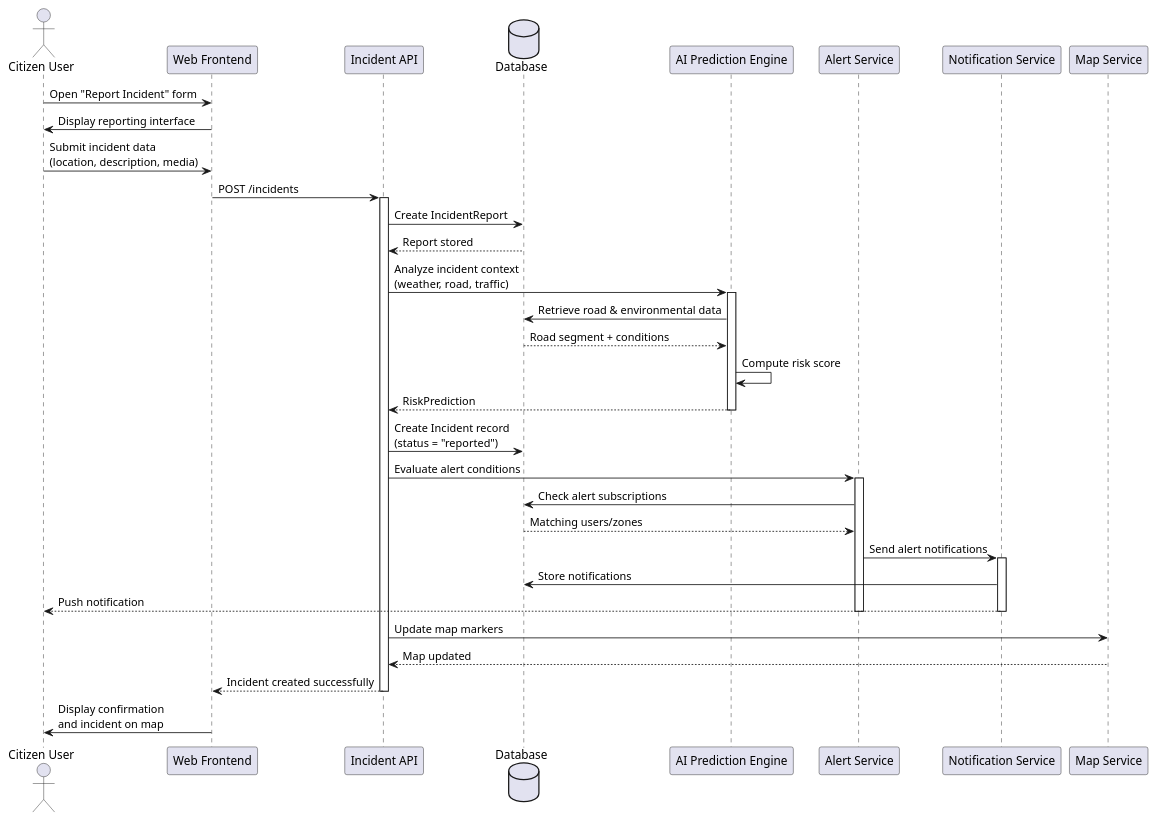
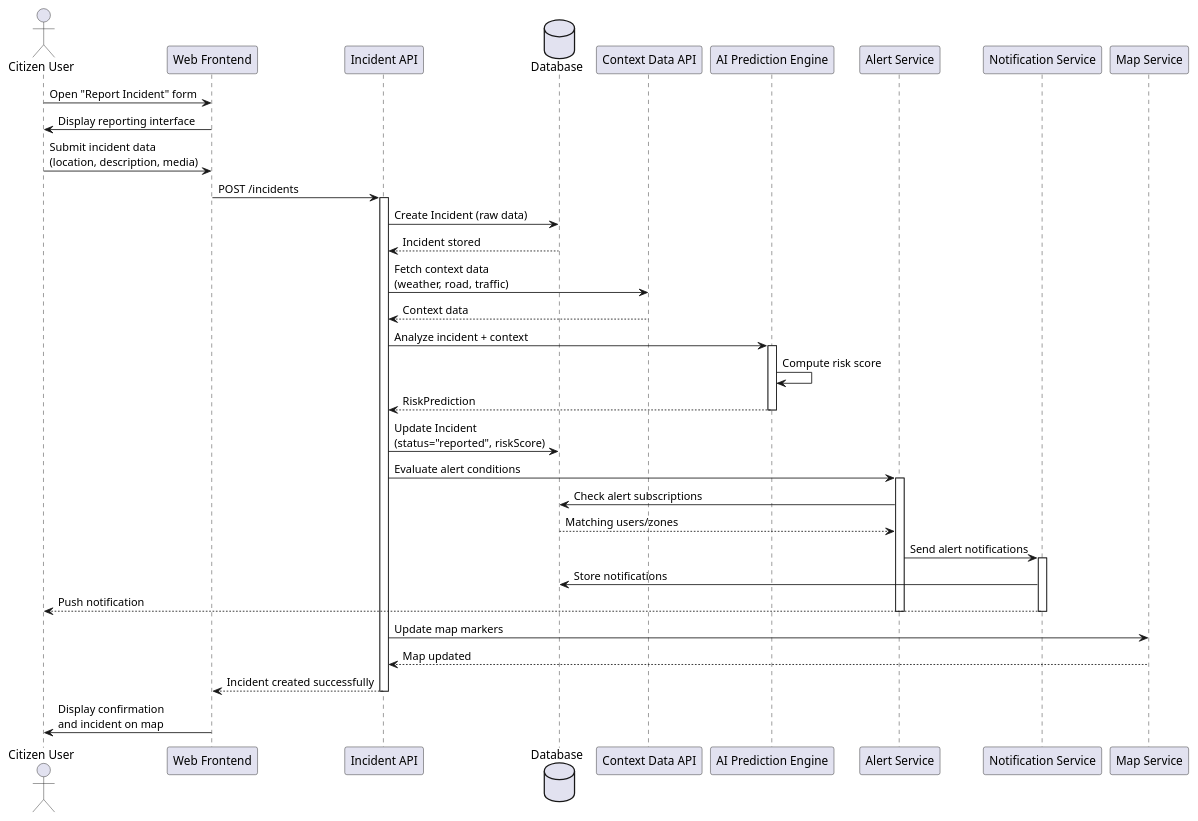
One commit to mi2odev/siara changed the diagram in diagrams/Sequence.puml. Above: the diagram before and after it, drawn with PlantUML. The commit also changed 12 other files, not shown here.

```diff
--- a/diagrams/Sequence.puml
+++ b/diagrams/Sequence.puml
@@ -1,61 +1,60 @@
 @startuml
+
 actor "Citizen User" as User
-
 participant "Web Frontend" as Frontend
 participant "Incident API" as Backend
 database "Database" as DB
+participant "Context Data API" as ContextAPI
 participant "AI Prediction Engine" as AI
 participant "Alert Service" as Alert
 participant "Notification Service" as Notify
 participant "Map Service" as MapAPI
 
 User -> Frontend : Open "Report Incident" form
 Frontend -> User : Display reporting interface
 
 User -> Frontend : Submit incident data\n(location, description, media)
 
 Frontend -> Backend : POST /incidents
-
 activate Backend
 
-Backend -> DB : Create IncidentReport
-DB --> Backend : Report stored
+' Store only user-submitted data
+Backend -> DB : Create Incident (raw data)
+DB --> Backend : Incident stored
 
-Backend -> AI : Analyze incident context\n(weather, road, traffic)
+' Get external context (NOT stored)
+Backend -> ContextAPI : Fetch context data\n(weather, road, traffic)
+ContextAPI --> Backend : Context data
+
+' AI uses context directly (no DB access)
+Backend -> AI : Analyze incident + context
 activate AI
-
-AI -> DB : Retrieve road & environmental data
-DB --> AI : Road segment + conditions
-
 AI -> AI : Compute risk score
 AI --> Backend : RiskPrediction
-
 deactivate AI
 
-Backend -> DB : Create Incident record\n(status = "reported")
+' Update incident with risk only
+Backend -> DB : Update Incident\n(status="reported", riskScore)
 
 Backend -> Alert : Evaluate alert conditions
 activate Alert
 
 Alert -> DB : Check alert subscriptions
 DB --> Alert : Matching users/zones
 
 Alert -> Notify : Send alert notifications
 activate Notify
-
 Notify -> DB : Store notifications
 Notify --> User : Push notification
-
 deactivate Notify
 deactivate Alert
 
 Backend -> MapAPI : Update map markers
 MapAPI --> Backend : Map updated
 
 Backend --> Frontend : Incident created successfully
-
 deactivate Backend
 
 Frontend -> User : Display confirmation\nand incident on map
 
 @enduml
```
